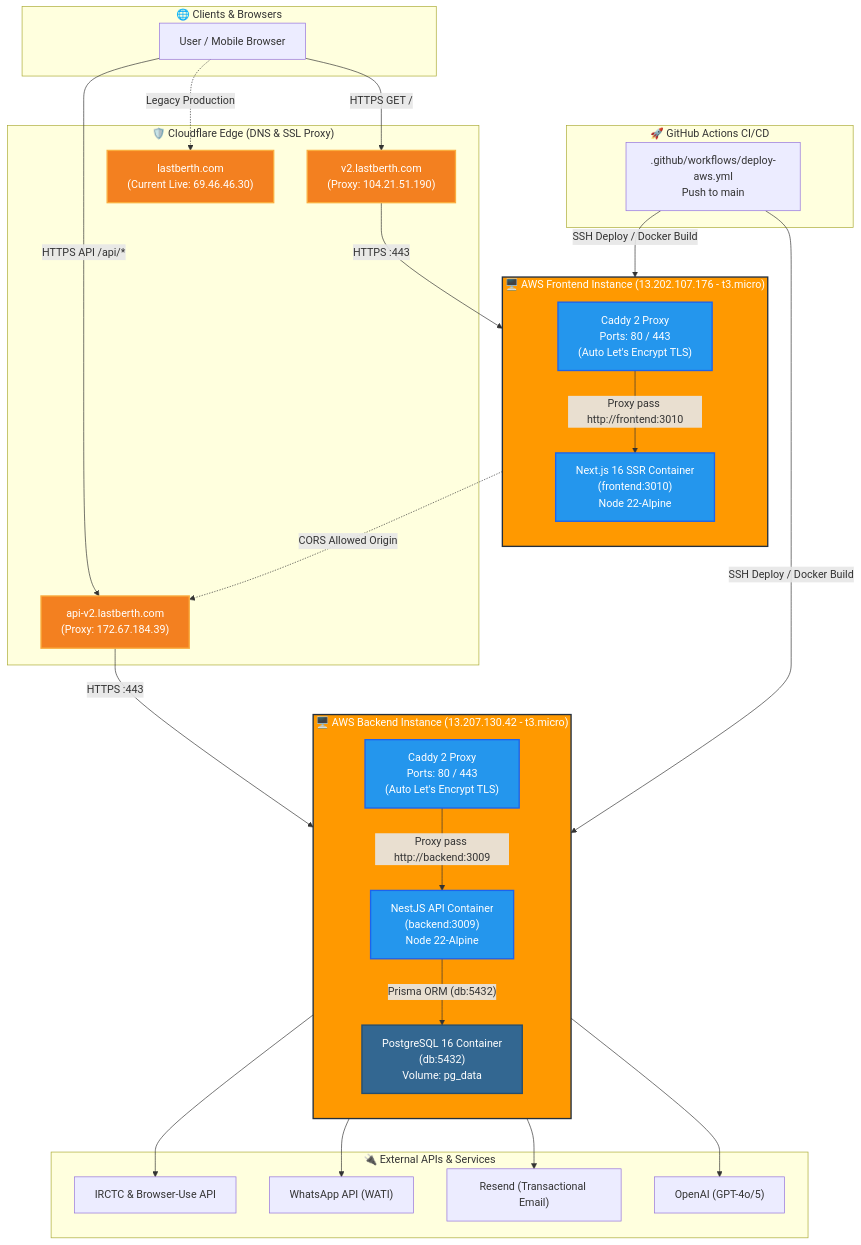
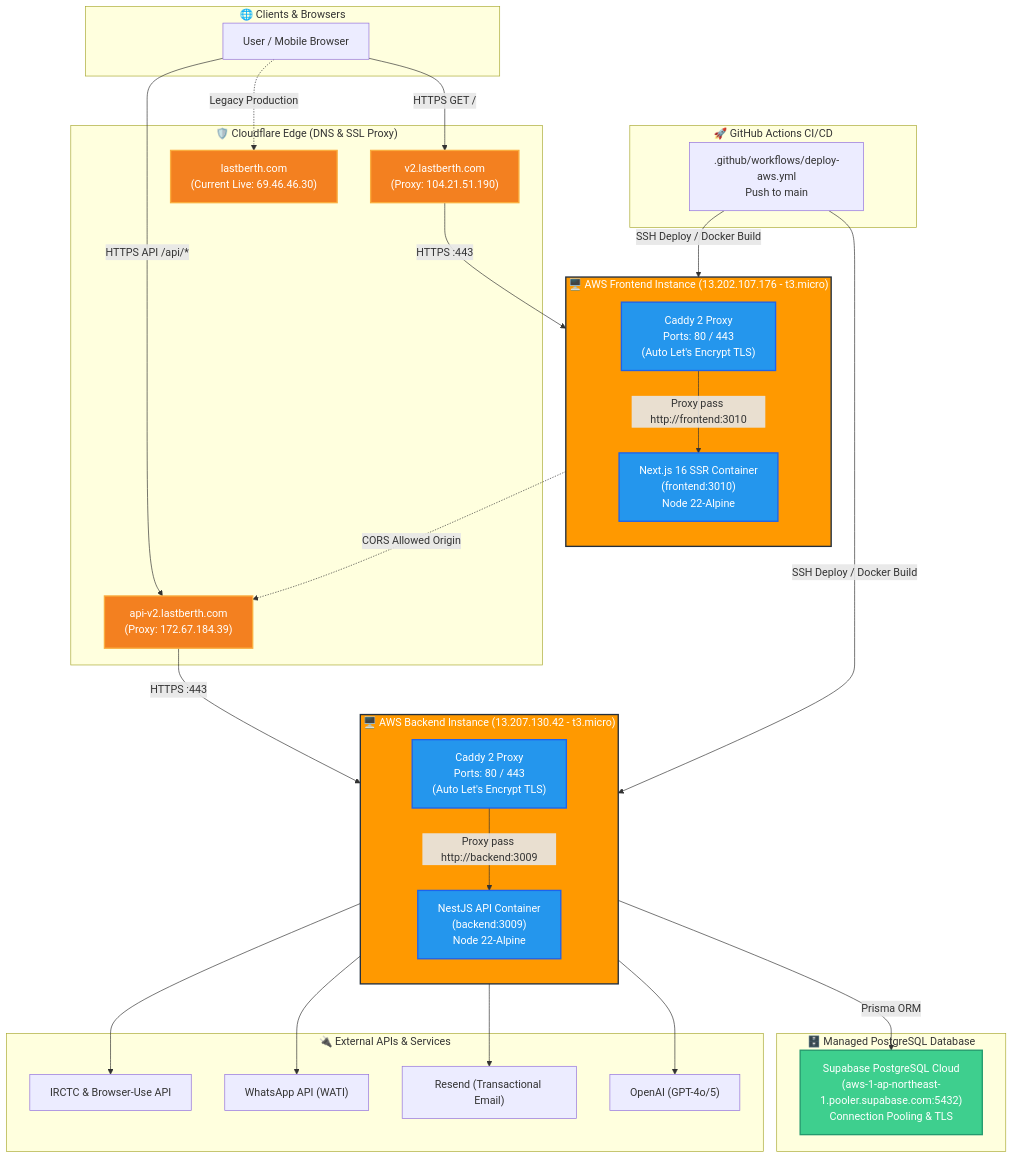
One commit to bizzareus/traintickets changed the diagram in README.md. Above: the diagram before and after it, drawn with Mermaid. The commit also changed other lines of this file and 4 other files, not shown here.

Commit message:
infra: remove local postgres docker and unused cloudfront/s3 config; backend connects to Supabase

````diff
--- a/README.md
+++ b/README.md
@@ -46,72 +46,75 @@
 ```mermaid
 flowchart TD
     subgraph Client["🌐 Clients & Browsers"]
         User["User / Mobile Browser"]
     end
 
     subgraph Cloudflare["🛡️ Cloudflare Edge (DNS & SSL Proxy)"]
         CF_FE["v2.lastberth.com\n(Proxy: 104.21.51.190)"]
         CF_BE["api-v2.lastberth.com\n(Proxy: 172.67.184.39)"]
         CF_PROD["lastberth.com\n(Current Live: 69.46.46.30)"]
     end
 
     subgraph AWS_FE["🖥️ AWS Frontend Instance (13.202.107.176 - t3.micro)"]
         direction TB
         Caddy_FE["Caddy 2 Proxy\nPorts: 80 / 443\n(Auto Let's Encrypt TLS)"]
         NextJS["Next.js 16 SSR Container\n(frontend:3010)\nNode 22-Alpine"]
         Caddy_FE -->|"Proxy pass http://frontend:3010"| NextJS
     end
 
     subgraph AWS_BE["🖥️ AWS Backend Instance (13.207.130.42 - t3.micro)"]
         direction TB
         Caddy_BE["Caddy 2 Proxy\nPorts: 80 / 443\n(Auto Let's Encrypt TLS)"]
         NestJS["NestJS API Container\n(backend:3009)\nNode 22-Alpine"]
-        Postgres["PostgreSQL 16 Container\n(db:5432)\nVolume: pg_data"]
         
         Caddy_BE -->|"Proxy pass http://backend:3009"| NestJS
-        NestJS -->|"Prisma ORM (db:5432)"| Postgres
+    end
+
+    subgraph Database["🗄️ Managed PostgreSQL Database"]
+        Supabase["Supabase PostgreSQL Cloud\n(aws-1-ap-northeast-1.pooler.supabase.com:5432)\nConnection Pooling & TLS"]
+        NestJS -->|"Prisma ORM"| Supabase
     end
 
     subgraph External["🔌 External APIs & Services"]
         IRCTC["IRCTC & Browser-Use API"]
         WATI["WhatsApp API (WATI)"]
         Resend["Resend (Transactional Email)"]
         OpenAI["OpenAI (GPT-4o/5)"]
     end
 
     subgraph CICD["🚀 GitHub Actions CI/CD"]
         GHA[".github/workflows/deploy-aws.yml\nPush to main"]
     end
 
     %% Client Traffic
     User -->|"HTTPS GET /"| CF_FE
     User -->|"HTTPS API /api/*"| CF_BE
     User -.->|"Legacy Production"| CF_PROD
 
     %% Edge to Origin
     CF_FE -->|"HTTPS :443"| Caddy_FE
     CF_BE -->|"HTTPS :443"| Caddy_BE
 
     %% Frontend to Backend Cross-Origin
     NextJS -.->|"CORS Allowed Origin"| CF_BE
 
     %% Backend to External
     NestJS --> IRCTC
     NestJS --> WATI
     NestJS --> Resend
     NestJS --> OpenAI
 
     %% CI/CD Deployment
     GHA -->|"SSH Deploy / Docker Build"| AWS_FE
     GHA -->|"SSH Deploy / Docker Build"| AWS_BE
 
     classDef aws fill:#FF9900,stroke:#232F3E,stroke-width:2px,color:#fff;
     classDef cf fill:#F38020,stroke:#FAAD3F,stroke-width:2px,color:#fff;
     classDef container fill:#2496ED,stroke:#1D63ED,stroke-width:2px,color:#fff;
-    classDef db fill:#336791,stroke:#244D6E,stroke-width:2px,color:#fff;
+    classDef db fill:#3ECF8E,stroke:#249A6E,stroke-width:2px,color:#fff;
 
     class AWS_FE,AWS_BE aws;
     class CF_FE,CF_BE,CF_PROD cf;
     class NextJS,NestJS,Caddy_FE,Caddy_BE container;
-    class Postgres db;
+    class Supabase db;
 ```
````
